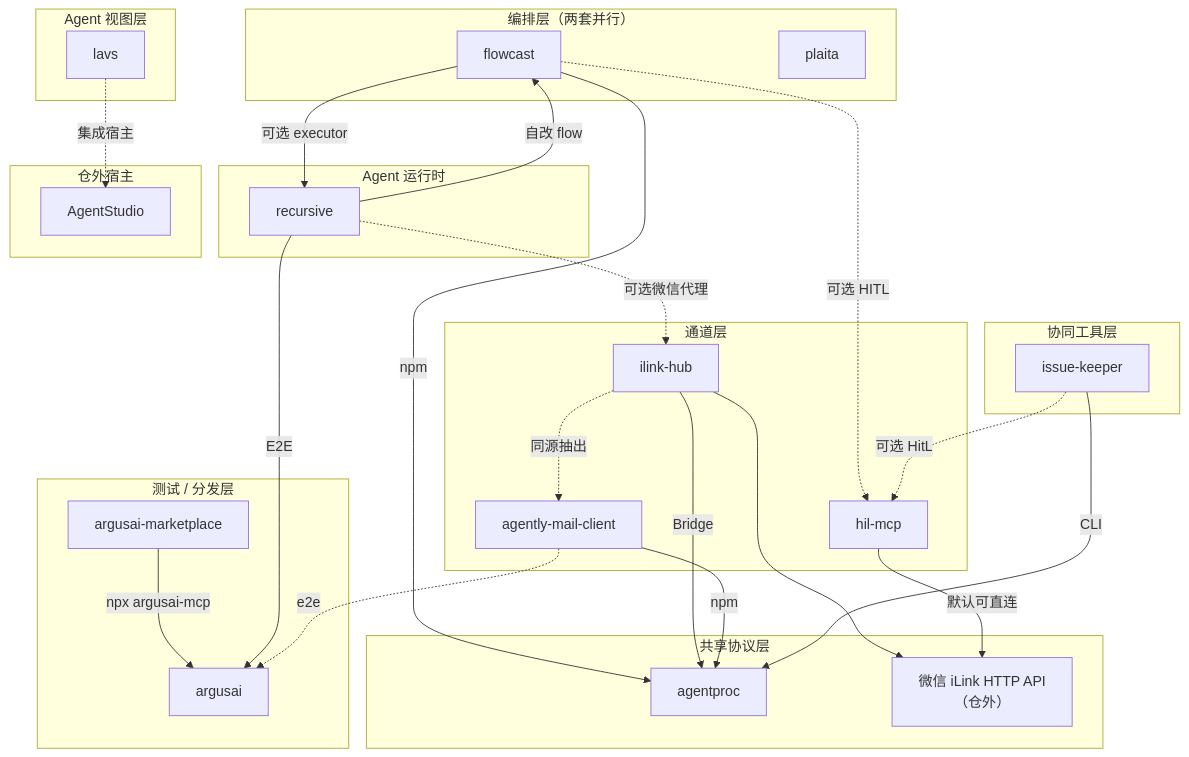
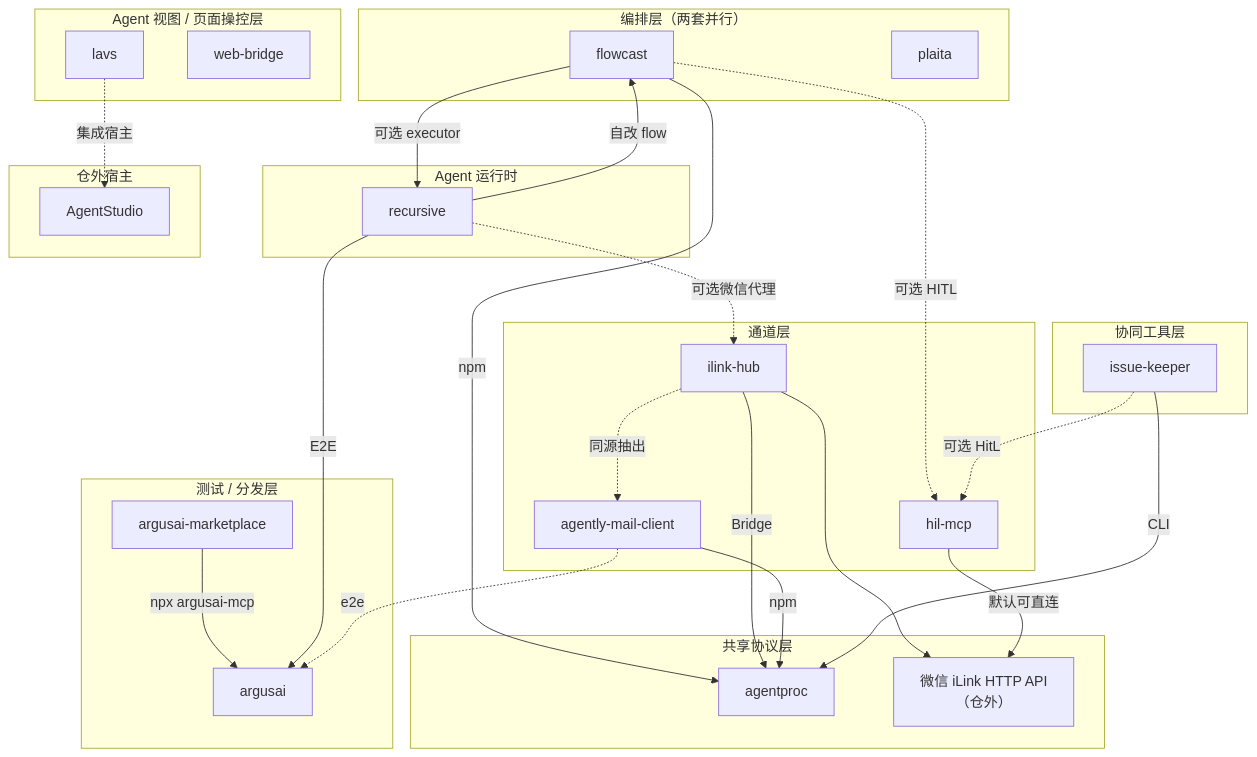
Before and after one commit to jeffkit/infra4agent: the first of 2 diagrams in docs/ARCHITECTURE.md, drawn with Mermaid. The commit also changed other lines of this file and 4 other files, not shown here.

First line of the commit message:
Add web-bridge sub-repo to the logical monorepo.

````diff
--- a/docs/ARCHITECTURE.md
+++ b/docs/ARCHITECTURE.md
@@ -33,56 +33,57 @@
 ```mermaid
 flowchart TB
   subgraph collab["协同工具层"]
     IK["issue-keeper"]
   end
 
   subgraph test["测试 / 分发层"]
     AM["argusai-marketplace"]
     AA["argusai"]
     AM -->|npx argusai-mcp| AA
   end
 
-  subgraph ui["Agent 视图层"]
+  subgraph ui["Agent 视图 / 页面操控层"]
     LAVS["lavs"]
+    WB["web-bridge"]
   end
 
   subgraph orch["编排层（两套并行）"]
     FC["flowcast"]
     PL["plaita"]
   end
 
   subgraph runtime["Agent 运行时"]
     REC["recursive"]
   end
 
   subgraph channel["通道层"]
     IH["ilink-hub"]
     HITL["hil-mcp"]
     MAIL["agently-mail-client"]
   end
 
   subgraph shared["共享协议层"]
     AP["agentproc"]
     ILINK["微信 iLink HTTP API<br/>（仓外）"]
   end
 
   subgraph external["仓外宿主"]
     AS["AgentStudio"]
   end
 
   FC -->|npm| AP
   FC -->|可选 executor| REC
   FC -.->|可选 HITL| HITL
   REC -->|自改 flow| FC
   REC -.->|可选微信代理| IH
   REC -->|E2E| AA
   IH -->|Bridge| AP
   IH --> ILINK
   IH -.->|同源抽出| MAIL
   MAIL -->|npm| AP
   HITL -->|默认可直连| ILINK
   IK -->|CLI| AP
   IK -.->|可选 HitL| HITL
   MAIL -.->|e2e| AA
   LAVS -.->|集成宿主| AS
 ```
````
